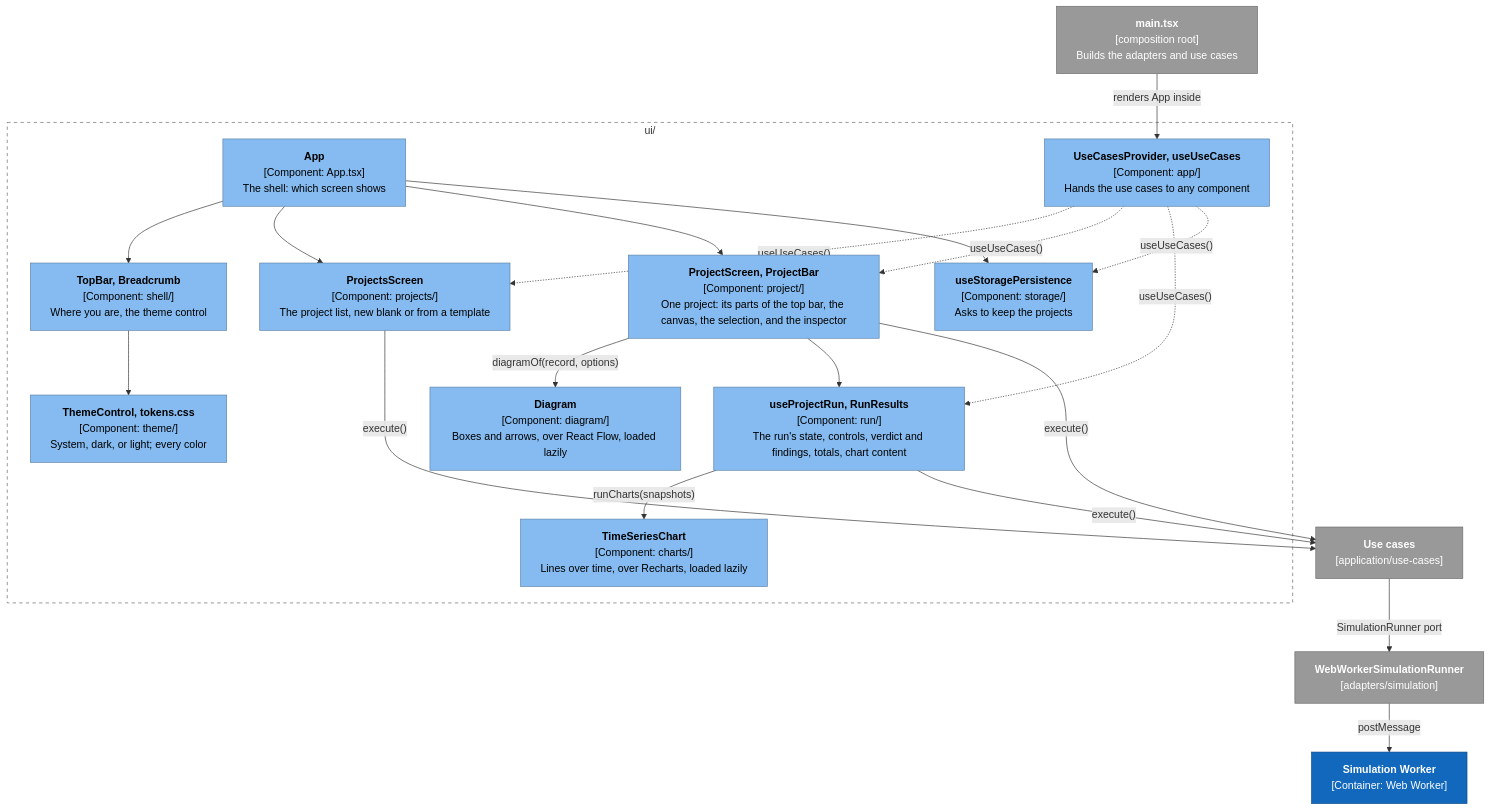
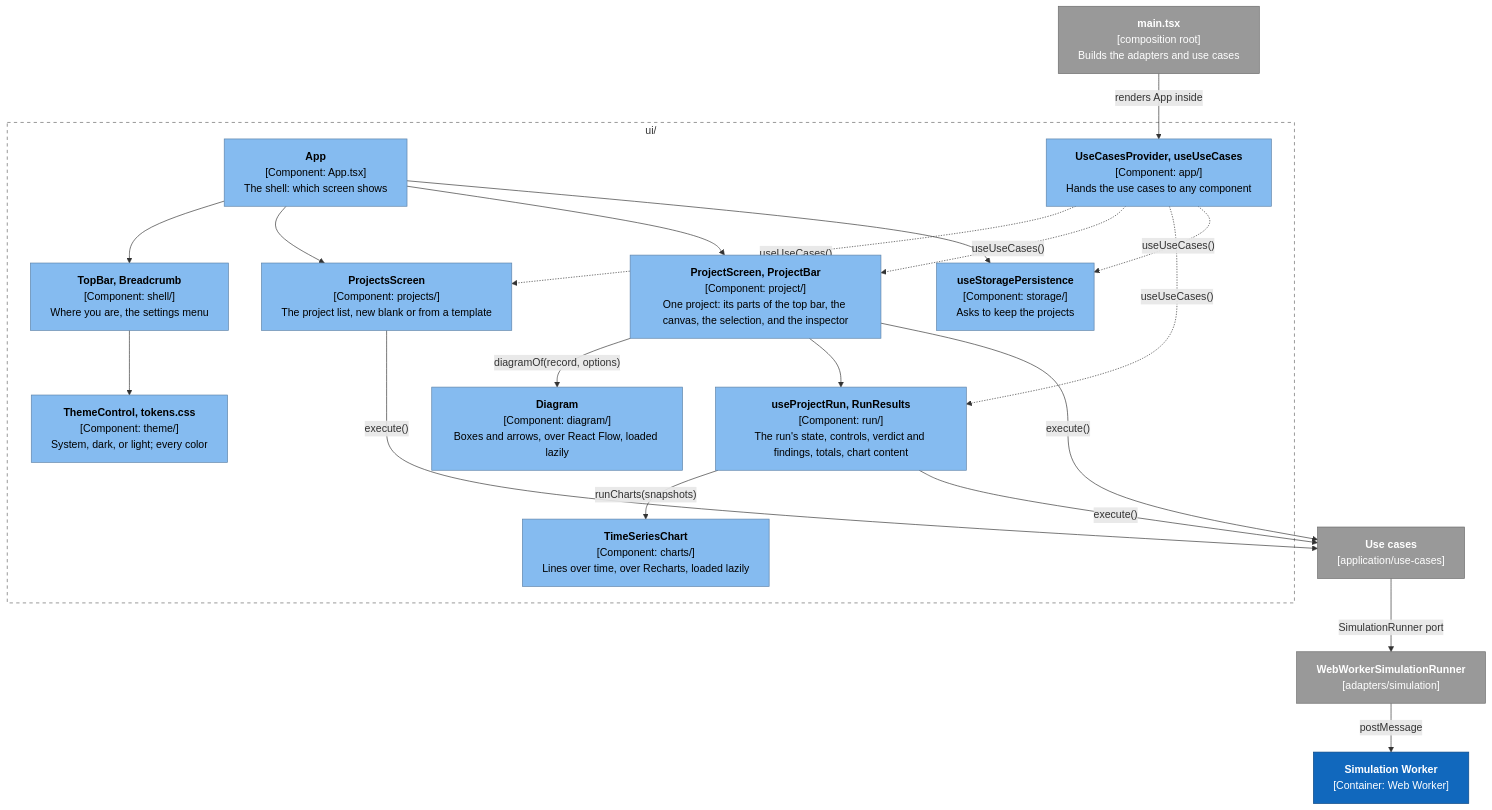
Before and after one commit to alanbickel/wind-tunnel: the first of 3 diagrams in docs/architecture/user-interface.md, drawn with Mermaid. The commit also changed other lines of this file and 15 other files, not shown here.

Commit message:
feat(ui): a settings menu in the top bar for the theme, and a storage strip shown only on a problem

````diff
--- a/docs/architecture/user-interface.md
+++ b/docs/architecture/user-interface.md
@@ -11,36 +11,36 @@
 ```mermaid
 %%{init: {"flowchart": {"wrappingWidth": 320}}}%%
 flowchart TB
     main["<b>main.tsx</b><br/>[composition root]<br/>Builds the adapters and use cases"]:::external
     subgraph ui["ui/"]
         app["<b>App</b><br/>[Component: App.tsx]<br/>The shell: which screen shows"]:::component
-        shell["<b>TopBar, Breadcrumb</b><br/>[Component: shell/]<br/>Where you are, the theme control"]:::component
+        shell["<b>TopBar, Breadcrumb</b><br/>[Component: shell/]<br/>Where you are, the settings menu"]:::component
         provider["<b>UseCasesProvider, useUseCases</b><br/>[Component: app/]<br/>Hands the use cases to any component"]:::component
         projects["<b>ProjectsScreen</b><br/>[Component: projects/]<br/>The project list, new blank or from a template"]:::component
         project["<b>ProjectScreen, ProjectBar</b><br/>[Component: project/]<br/>One project: its parts of the top bar, the canvas, the selection, and the inspector"]:::component
         run["<b>useProjectRun, RunResults</b><br/>[Component: run/]<br/>The run's state, controls, verdict and findings, totals, chart content"]:::component
         storage["<b>useStoragePersistence</b><br/>[Component: storage/]<br/>Asks to keep the projects"]:::component
         theme["<b>ThemeControl, tokens.css</b><br/>[Component: theme/]<br/>System, dark, or light; every color"]:::component
         diagram["<b>Diagram</b><br/>[Component: diagram/]<br/>Boxes and arrows, over React Flow, loaded lazily"]:::component
         charts["<b>TimeSeriesChart</b><br/>[Component: charts/]<br/>Lines over time, over Recharts, loaded lazily"]:::component
     end
     uc["<b>Use cases</b><br/>[application/use-cases]"]:::external
     runner["<b>WebWorkerSimulationRunner</b><br/>[adapters/simulation]"]:::external
     worker["<b>Simulation Worker</b><br/>[Container: Web Worker]"]:::system
     main -->|"renders App inside"| provider
     provider -.->|"useUseCases()"| projects & project & run & storage
     app --> shell & projects & project & storage
     shell --> theme
     project -->|"diagramOf(record, options)"| diagram
     project --> run
     run -->|"runCharts(snapshots)"| charts
     projects & project & run -->|"execute()"| uc
     uc -->|"SimulationRunner port"| runner
     runner -->|"postMessage"| worker
     style ui fill:none,stroke:#666,stroke-dasharray:5 5
     classDef person fill:#08427b,stroke:#052e56,color:#fff
     classDef system fill:#1168bd,stroke:#0b4884,color:#fff
     classDef component fill:#85bbf0,stroke:#5d82a8,color:#000
     classDef external fill:#999,stroke:#6b6b6b,color:#fff
     classDef planned fill:#fff,stroke:#1168bd,color:#1168bd,stroke-dasharray:5 5
 ```
````
